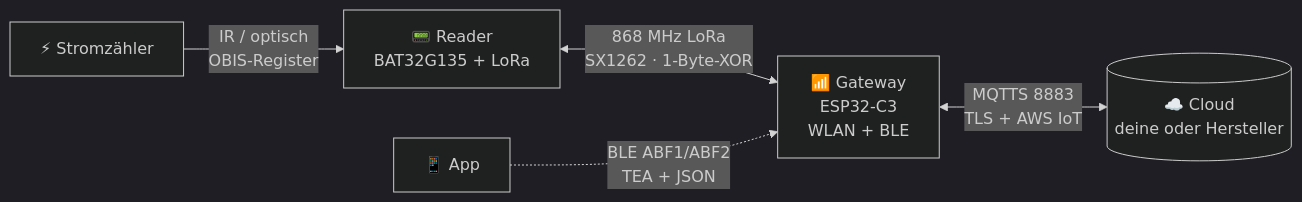
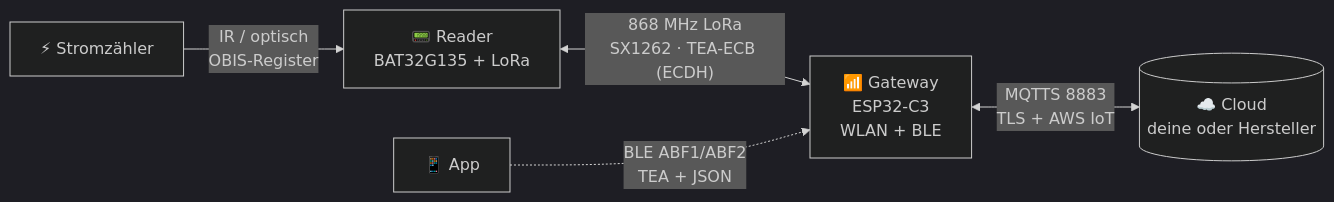
The diagram in de/README.md (atc1441/OBI_Energy_Tracker_Local_Cloud), drawn with Mermaid (dark theme) before and after one commit. The commit also changed other lines of this file and 14 other files, not shown here.

````diff
--- a/de/README.md
+++ b/de/README.md
@@ -17,7 +17,7 @@
 ```mermaid
 flowchart LR
     M["⚡ Stromzähler"] -->|"IR / optisch<br/>OBIS-Register"| R["📟 Reader<br/>BAT32G135 + LoRa"]
-    R <-->|"868 MHz LoRa<br/>SX1262 · 1-Byte-XOR"| B["📶 Gateway<br/>ESP32-C3<br/>WLAN + BLE"]
+    R <-->|"868 MHz LoRa<br/>SX1262 · TEA-ECB (ECDH)"| B["📶 Gateway<br/>ESP32-C3<br/>WLAN + BLE"]
     B <-->|"MQTTS 8883<br/>TLS + AWS IoT"| C[("☁️ Cloud<br/>deine oder Hersteller")]
     P["📱 App"] -.->|"BLE ABF1/ABF2<br/>TEA + JSON"| B
 ```
````
